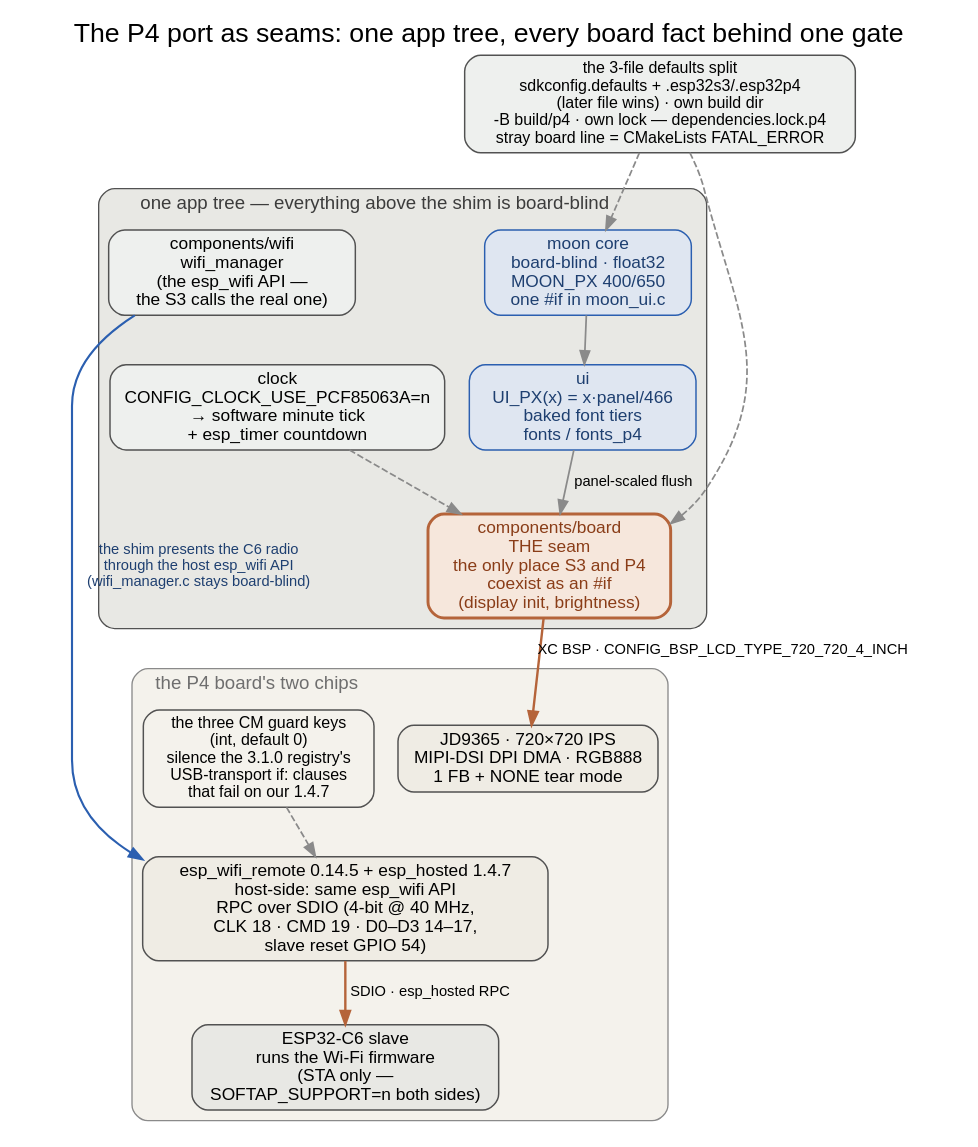
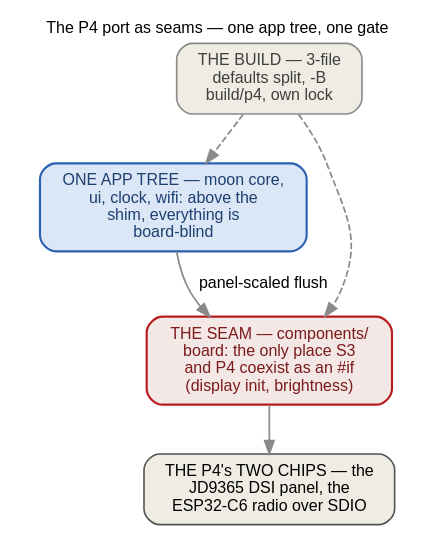
The diagram in docs/_graphs/p4-port-seams.dot (ukos-git/moon-clock-esp), drawn with Graphviz before and after one commit. The commit also changed 21 other files, not shown here.

First line of the commit message:
docs: sibling B11/B12 completion snapshot — verification trio + device/build split

```diff
--- a/docs/_graphs/p4-port-seams.dot
+++ b/docs/_graphs/p4-port-seams.dot
@@ -1,51 +1,42 @@
+// The P4 port as seams, as a black box: one app tree, every board
+// fact behind one gate. The internals are opened in the detail
+// sketches:
+//   p4-port-seams-app.dot    the four board-blind components and the
+//                            shim they all funnel through
+//   p4-port-seams-chips.dot  the P4's two chips — the JD9365 panel
+//                            and the ESP32-C6 radio over SDIO
+// The one identity that survives every split: the shim
+// (components/board) is the ONLY place "S3" and "P4" coexist as an
+// #if. The esp_wifi call leaves wifi_manager.c unchanged and arrives
+// at the C6 through esp_wifi_remote + esp_hosted. The build side is
+// the 3-file defaults split (sdkconfig-merge.dot) with its own build
+// dir (-B build/p4) and own lock (dependencies.lock.p4) — a stray
+// board line in the wrong file is the CMakeLists' FATAL_ERROR.
+// FONTS: 12 pt = the page's 16 px body text at 1:1 — kept inside the
+// content column.
+// Rendered inline as SVG by sphinx.ext.graphviz (dot on PATH).
 digraph p4port {
-    label="The P4 port as seams: one app tree, every board fact behind one gate";
-    labelloc="t";
-    fontname="Helvetica"; fontsize=20;
-    node [fontname="Helvetica", fontsize=13, style="rounded,filled",
-          shape=box, width=1.8, height=0.5,
-          fillcolor="#f2f2ef", color="#525252", penwidth=1.1];
-    edge [fontname="Helvetica", fontsize=11, color="#8a8a8a", penwidth=1.3];
+    rankdir=TB;
+    label="The P4 port as seams — one app tree, one gate";
+    labelloc="t"; labeljust="c";
+    fontname="Helvetica"; fontsize=12;
+    graph [nodesep=0.4, ranksep=0.5];
+    node [fontname="Helvetica", fontsize=12, shape=box, style="rounded,filled",
+          width=0, height=0, margin="0.16,0.10", fillcolor="#f2f2ef",
+          color="#525252", penwidth=1.2];
+    edge [fontname="Helvetica", fontsize=12, color="#8a8a8a", penwidth=1.3];
 
-    subgraph cluster_app {
-        label="one app tree — everything above the shim is board-blind";
-        labeljust="l";
-        style="rounded,filled";
-        fillcolor="#e8e8e4";
-        color="#525252";
-        fontsize=14; fontcolor="#3c3c3c";
-        core [label="moon core\nboard-blind · float32\nMOON_PX 400/650\none #if in moon_ui.c", fillcolor="#dfe6f1", color="#2b5fb0", fontcolor="#1e3f70"];
-        ui [label="ui\nUI_PX(x) = x·panel/466\nbaked font tiers\nfonts / fonts_p4", fillcolor="#dfe6f1", color="#2b5fb0", fontcolor="#1e3f70"];
-        clock [label="clock\nCONFIG_CLOCK_USE_PCF85063A=n\n→ software minute tick\n+ esp_timer countdown", fillcolor="#eef0ee"];
-        wifi [label="components/wifi\nwifi_manager\n(the esp_wifi API —\nthe S3 calls the real one)", fillcolor="#eef0ee"];
-        shim [label="components/board\nTHE seam\nthe only place S3 and P4\ncoexist as an #if\n(display init, brightness)",
-                fillcolor="#f6e7dc", color="#b5643a", penwidth=2.2, fontcolor="#8a3d18"];
-    }
+    app [label="ONE APP TREE — moon core,\nui, clock, wifi: above the\nshim, everything is\nboard-blind",
+         fillcolor="#dbe7f6", color="#2b5fb0", fontcolor="#1e3f70", penwidth=1.6];
+    shim [label="THE SEAM — components/\nboard: the only place S3\nand P4 coexist as an #if\n(display init, brightness)",
+          fillcolor="#f4e8e6", color="#b91c1c", fontcolor="#7a1a1a", penwidth=1.6];
+    chips [label="THE P4's TWO CHIPS — the\nJD9365 DSI panel, the\nESP32-C6 radio over SDIO",
+          fillcolor="#efece4"];
+    build [label="THE BUILD — 3-file\ndefaults split, -B\nbuild/p4, own lock",
+           fillcolor="#efece4", color="#8a8a8a", fontcolor="#3f3f3f"];
 
-    subgraph cluster_p4 {
-        label="the P4 board's two chips";
-        labeljust="l";
-        style="rounded,filled";
-        fillcolor="#f4f2ec";
-        color="#8a8a8a";
-        fontsize=14; fontcolor="#6e6e6e";
-        dsi [label="JD9365 · 720×720 IPS\nMIPI-DSI DPI DMA · RGB888\n1 FB + NONE tear mode", fillcolor="#efece4"];
-        rmt [label="esp_wifi_remote 0.14.5 + esp_hosted 1.4.7\nhost-side: same esp_wifi API\nRPC over SDIO (4-bit @ 40 MHz,\nCLK 18 · CMD 19 · D0–D3 14–17,\nslave reset GPIO 54)", fillcolor="#efece4"];
-        guard [label="the three CM guard keys\n(int, default 0)\nsilence the 3.1.0 registry's\nUSB-transport if: clauses\nthat fail on our 1.4.7",
-                 fontsize=12, fillcolor="#f4f2ec"];
-        c6 [label="ESP32-C6 slave\nruns the Wi-Fi firmware\n(STA only —\nSOFTAP_SUPPORT=n both sides)", fillcolor="#e8e8e4"];
-    }
-
-    build [label="the 3-file defaults split\nsdkconfig.defaults + .esp32s3/.esp32p4\n(later file wins) · own build dir\n-B build/p4 · own lock — dependencies.lock.p4\nstray board line = CMakeLists FATAL_ERROR",
-           fillcolor="#eef0ee", fontsize=12];
-
-    core -> ui;
-    ui -> shim [label="panel-scaled flush"];
-    shim -> dsi [label="XC BSP · CONFIG_BSP_LCD_TYPE_720_720_4_INCH", color="#b5643a", penwidth=1.8];
-    clock -> shim [style=dashed];
-    wifi -> rmt [label="the shim presents the C6 radio\nthrough the host esp_wifi API\n(wifi_manager.c stays board-blind)", color="#2b5fb0", penwidth=1.6, fontcolor="#1e3f70"];
-    guard -> rmt [style=dashed];
-    rmt -> c6 [label="SDIO · esp_hosted RPC", color="#b5643a", penwidth=1.8];
-    build -> shim [style=dashed, color="#8a8a8a"];
-    build -> core [style=dashed, color="#8a8a8a"];
+    app -> shim [label="panel-scaled flush"];
+    shim -> chips;
+    build -> shim [style=dashed];
+    build -> app [style=dashed];
 }
```
